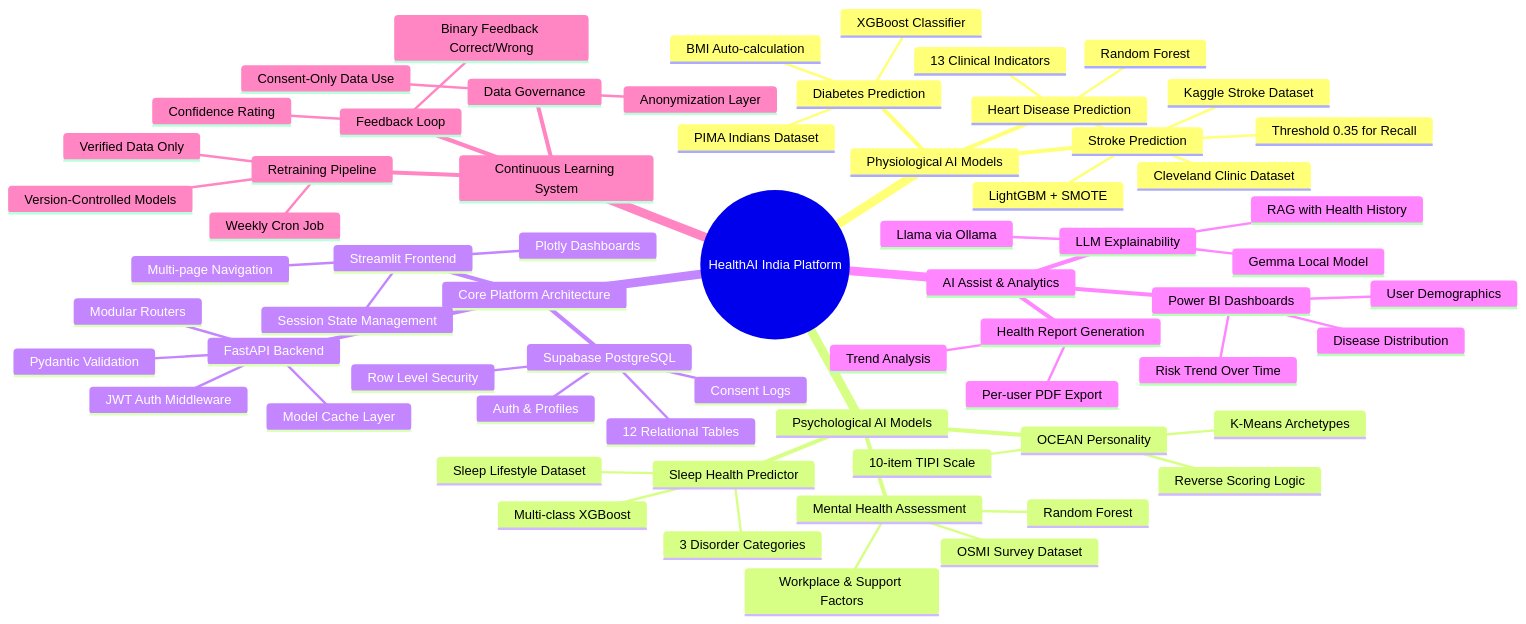
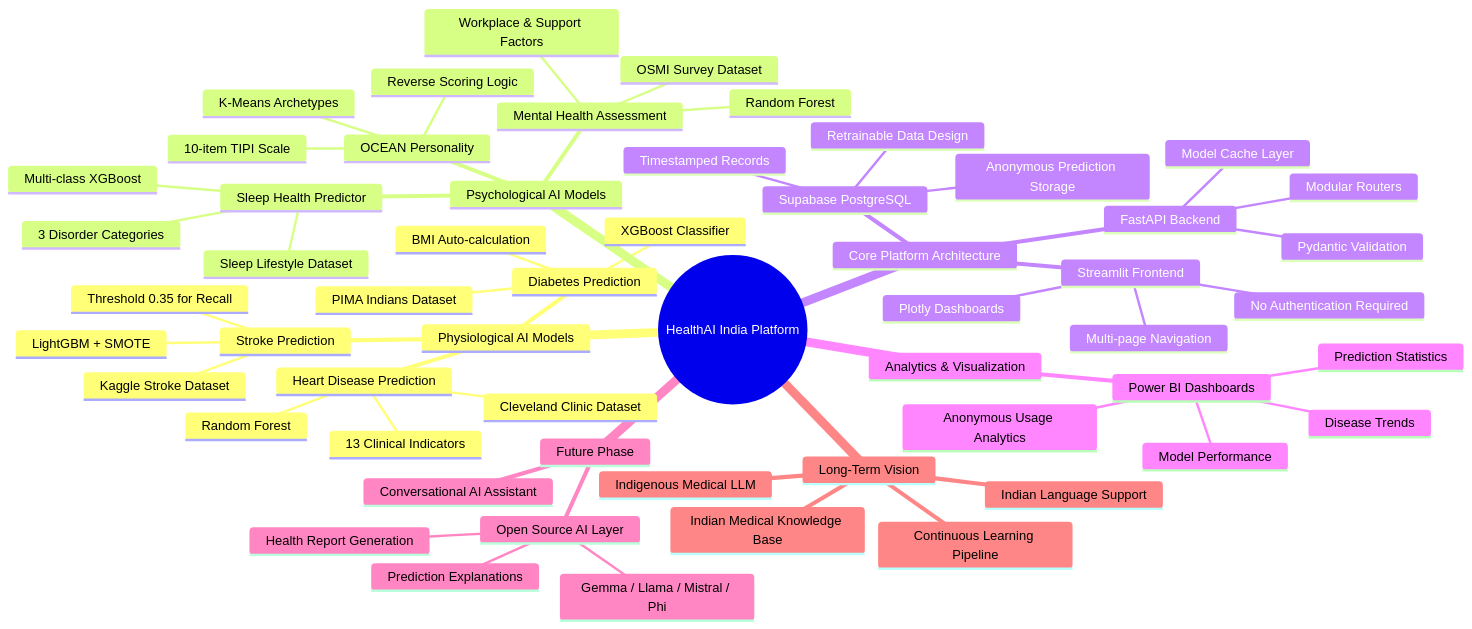
The first of 12 diagrams in docs/PRD.md (Subhadip-Paul2006/HealthCare-Model), drawn with Mermaid before and after one commit. The commit also changed other lines of this file, not shown here.

````diff
--- a/docs/PRD.md
+++ b/docs/PRD.md
@@ -19,68 +46,60 @@
 ```mermaid
 mindmap
   root((HealthAI India Platform))
     Physiological AI Models
       Diabetes Prediction
         PIMA Indians Dataset
         XGBoost Classifier
         BMI Auto-calculation
       Heart Disease Prediction
         Cleveland Clinic Dataset
         Random Forest
         13 Clinical Indicators
       Stroke Prediction
         Kaggle Stroke Dataset
         LightGBM + SMOTE
         Threshold 0.35 for Recall
     Psychological AI Models
       OCEAN Personality
         10-item TIPI Scale
         K-Means Archetypes
         Reverse Scoring Logic
       Mental Health Assessment
         OSMI Survey Dataset
         Workplace & Support Factors
         Random Forest
       Sleep Health Predictor
         Sleep Lifestyle Dataset
         Multi-class XGBoost
         3 Disorder Categories
     Core Platform Architecture
       FastAPI Backend
-        JWT Auth Middleware
         Pydantic Validation
         Modular Routers
         Model Cache Layer
       Streamlit Frontend
-        Session State Management
         Multi-page Navigation
         Plotly Dashboards
+        No Authentication Required
       Supabase PostgreSQL
-        Row Level Security
-        Auth & Profiles
-        12 Relational Tables
-        Consent Logs
-    AI Assist & Analytics
-      LLM Explainability
-        Gemma Local Model
-        Llama via Ollama
-        RAG with Health History
+        Anonymous Prediction Storage
+        Timestamped Records
+        Retrainable Data Design
+    Analytics & Visualization
       Power BI Dashboards
-        Disease Distribution
-        Risk Trend Over Time
-        User Demographics
-      Health Report Generation
-        Per-user PDF Export
-        Trend Analysis
-    Continuous Learning System
-      Feedback Loop
-        Binary Feedback Correct/Wrong
-        Confidence Rating
-      Retraining Pipeline
-        Weekly Cron Job
-        Verified Data Only
-        Version-Controlled Models
-      Data Governance
-        Consent-Only Data Use
-        Anonymization Layer
+        Disease Trends
+        Prediction Statistics
+        Model Performance
+        Anonymous Usage Analytics
+    Future Phase
+      Open Source AI Layer
+        Gemma / Llama / Mistral / Phi
+        Prediction Explanations
+        Health Report Generation
+      Conversational AI Assistant
+    Long-Term Vision
+      Indigenous Medical LLM
+      Indian Medical Knowledge Base
+      Indian Language Support
+      Continuous Learning Pipeline
 ```
````
